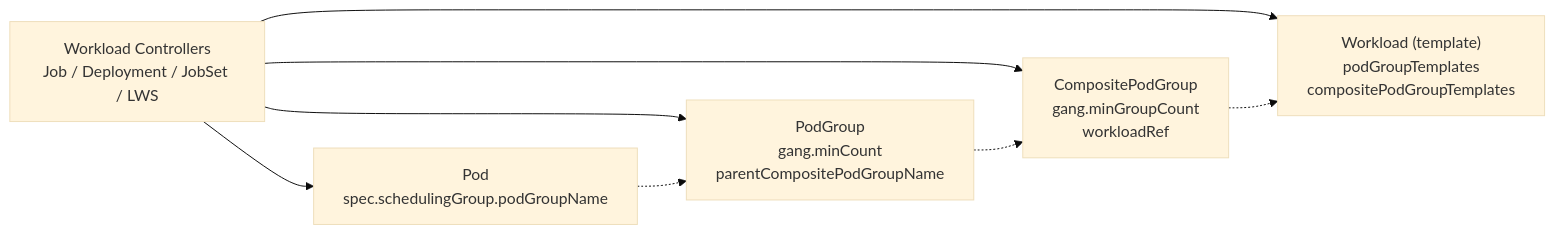
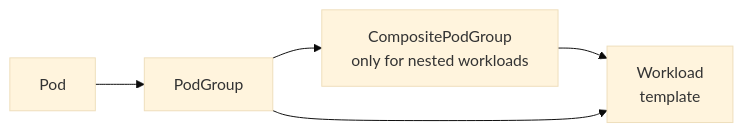
The first of 13 diagrams in docs/research/k8s-workload-aware-scheduling-vs-volcano.md (JesseStutler/volcano), drawn with Mermaid (base theme) before and after one commit. The commit also changed other lines of this file and 1 other file, not shown here.

First line of the commit message:
docs: rewrite the upstream PodGroup comparison for readability

````diff
--- a/docs/research/k8s-workload-aware-scheduling-vs-volcano.md
+++ b/docs/research/k8s-workload-aware-scheduling-vs-volcano.md
@@ -79,16 +91,12 @@
 ```mermaid
 flowchart LR
-    Ctrl["Workload Controllers<br/>Job / Deployment / JobSet / LWS"]
-    W["Workload (template)<br/>podGroupTemplates<br/>compositePodGroupTemplates"]
-    CPG["CompositePodGroup<br/>gang.minGroupCount<br/>workloadRef"]
-    PG["PodGroup<br/>gang.minCount<br/>parentCompositePodGroupName"]
-    Pod["Pod<br/>spec.schedulingGroup.podGroupName"]
+    Pod["Pod"]
+    PG["PodGroup"]
+    CPG["CompositePodGroup<br/>only for nested workloads"]
+    W["Workload<br/>template"]
 
-    Ctrl --> W
-    Ctrl --> CPG
-    Ctrl --> PG
-    Ctrl --> Pod
-    Pod -.-> PG
-    PG -.-> CPG
-    CPG -.-> W
+    Pod --> PG
+    PG --> CPG
+    CPG --> W
+    PG --> W
 ```
````
